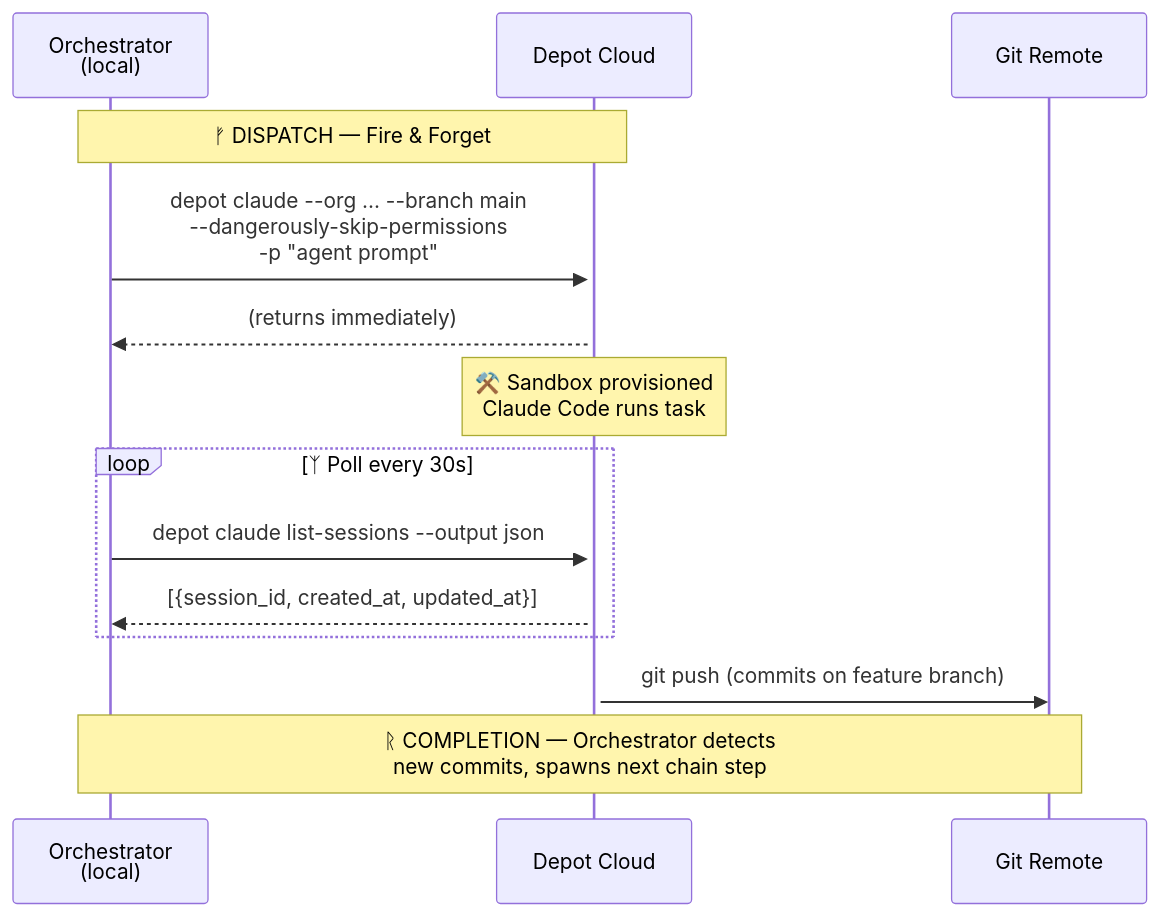
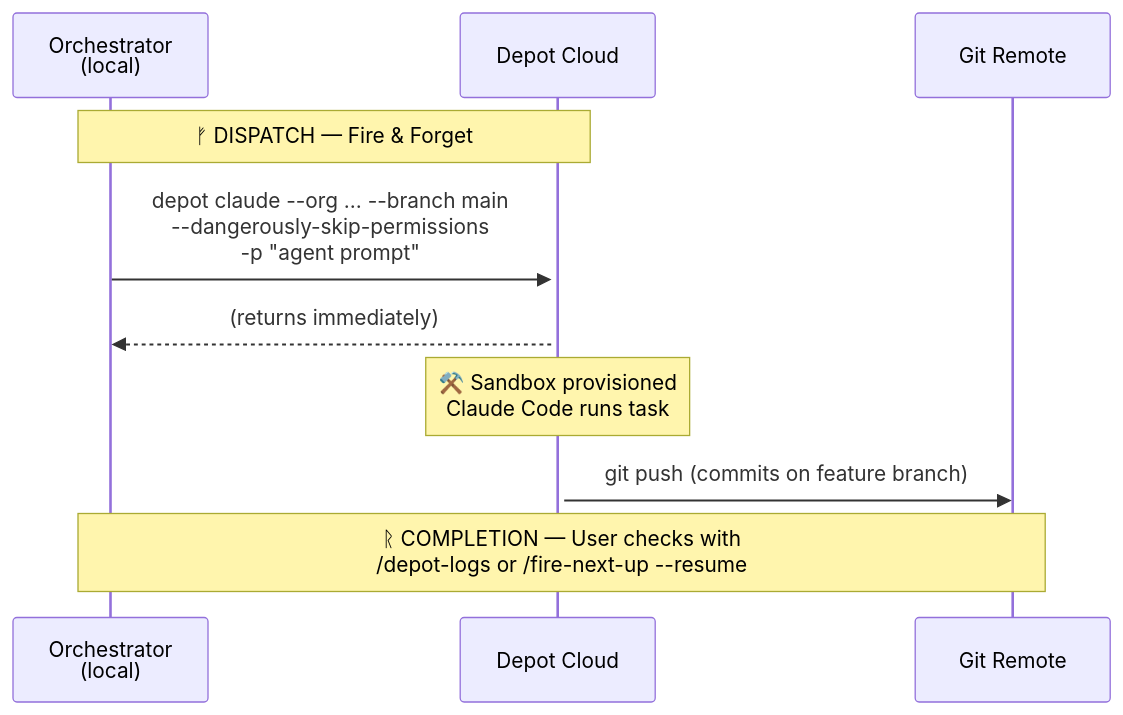
The first of 2 diagrams in .claude/skills/fire-next-up/SKILL.md (declanshanaghy/fenrir-ledger), drawn with Mermaid before and after one commit. The commit also changed other lines of this file, not shown here.

First line of the commit message:
fix: remove polling/wait from fire-next-up, make Depot fire-and-forget

````diff
--- a/.claude/skills/fire-next-up/SKILL.md
+++ b/.claude/skills/fire-next-up/SKILL.md
@@ -76,22 +76,17 @@
 ```mermaid
 sequenceDiagram
     participant 🐺 as Orchestrator<br/>(local)
     participant ☁️ as Depot Cloud
     participant 🌿 as Git Remote
 
     Note over 🐺,☁️: ᚠ DISPATCH — Fire & Forget
 
     🐺->>+☁️: depot claude --org ... --branch main<br/>--dangerously-skip-permissions<br/>-p "agent prompt"
     ☁️-->>🐺: (returns immediately)
 
     Note over ☁️: ⚒️ Sandbox provisioned<br/>Claude Code runs task
 
-    loop ᛉ Poll every 30s
-        🐺->>☁️: depot claude list-sessions --output json
-        ☁️-->>🐺: [{session_id, created_at, updated_at}]
-    end
-
     ☁️->>🌿: git push (commits on feature branch)
 
-    Note over 🐺,🌿: ᚱ COMPLETION — Orchestrator detects<br/>new commits, spawns next chain step
+    Note over 🐺,🌿: ᚱ COMPLETION — User checks with<br/>/depot-logs or /fire-next-up --resume
 ```
````
